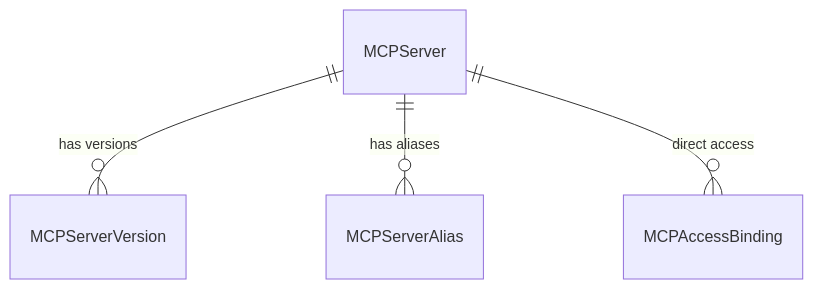
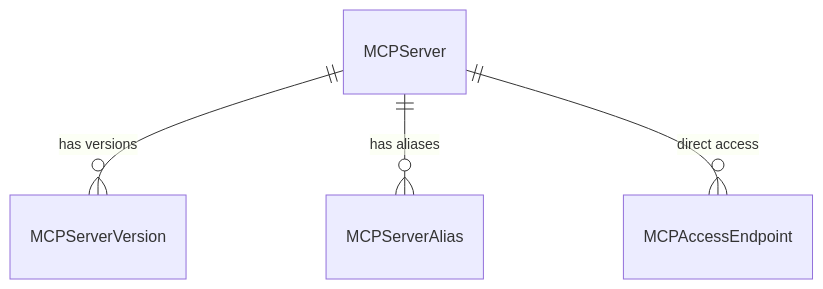
One commit to mlflow/rfcs changed the second of 3 diagrams in rfcs/0004-mcp-registry/0004-mcp-registry.md. Above: the diagram before and after it, drawn with Mermaid. The commit also changed other lines of this file, not shown here.

First line of the commit message:
RFC-0004: Rename MCP access bindings to access endpoints (#73)

````diff
--- a/rfcs/0004-mcp-registry/0004-mcp-registry.md
+++ b/rfcs/0004-mcp-registry/0004-mcp-registry.md
@@ -453,6 +453,6 @@
 ```mermaid
 erDiagram
     MCPServer ||--o{ MCPServerVersion : "has versions"
     MCPServer ||--o{ MCPServerAlias : "has aliases"
-    MCPServer ||--o{ MCPAccessBinding : "direct access"
+    MCPServer ||--o{ MCPAccessEndpoint : "direct access"
 ```
````
